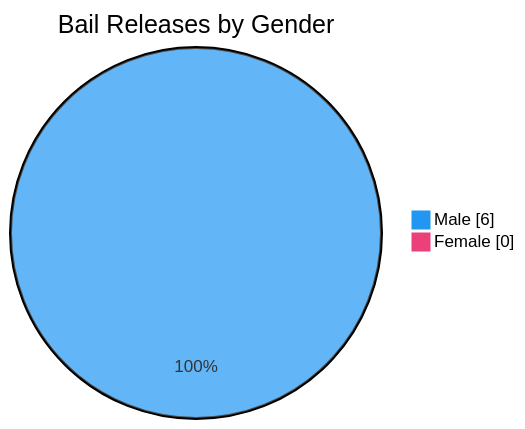
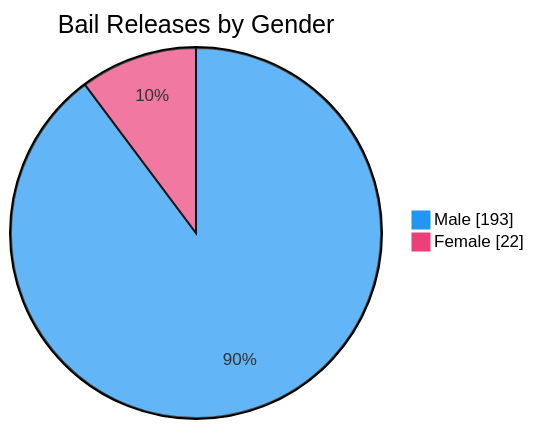
The seventh of 7 diagrams in README.md (nuuuwan/lk_prisons), drawn with Mermaid before and after one commit. The commit also changed other lines of this file and 1 other file, not shown here.

````diff
--- a/README.md
+++ b/README.md
@@ -109,6 +109,6 @@
 ```mermaid
 %%{init: {'themeVariables': {'pie1': '#2196F3', 'pie2': '#EC407A'}}}%%
 pie showData title Bail Releases by Gender
-    "Male" : 6
-    "Female" : 0
+    "Male" : 193
+    "Female" : 22
 ```
````
